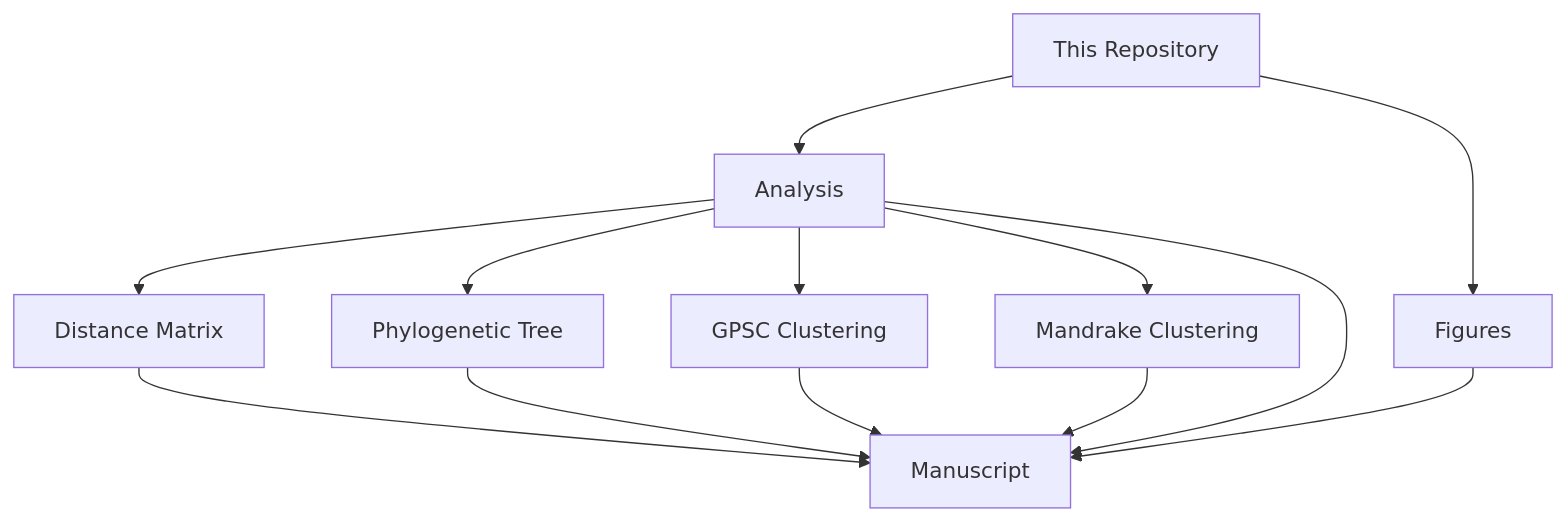
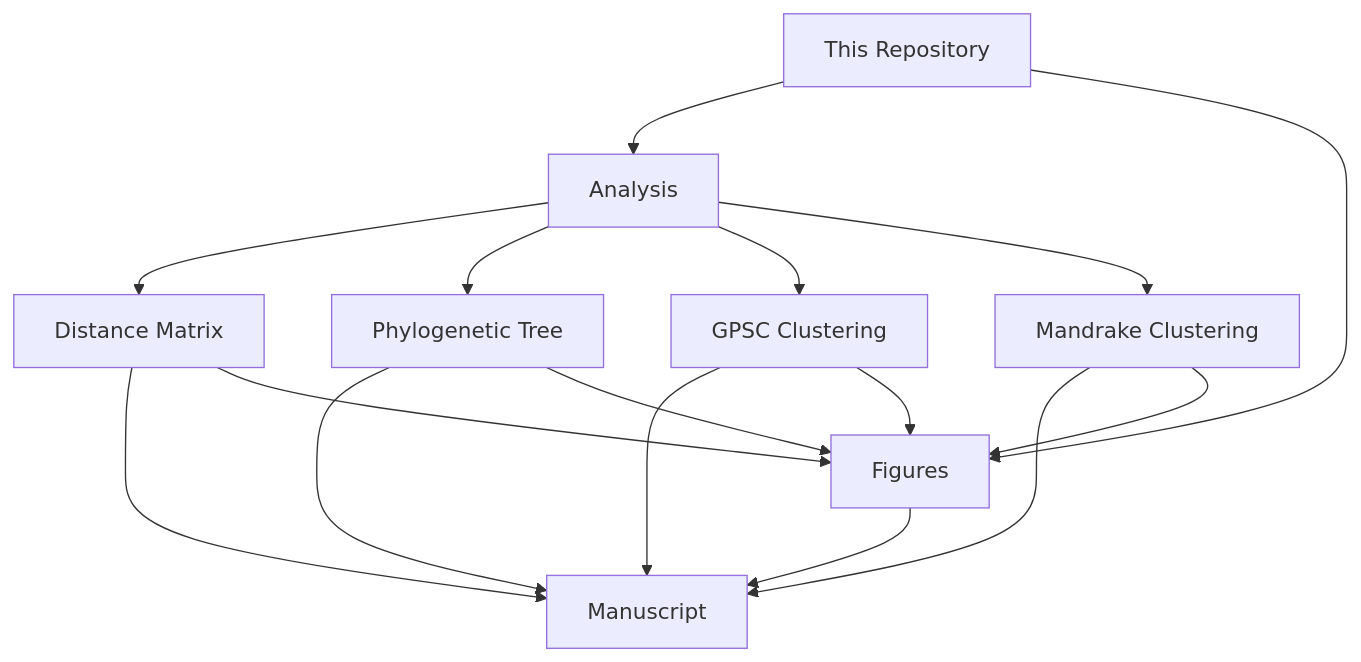
The diagram in README.md (duncanberger/backup_pgl2024), drawn with Mermaid before and after one commit.

````diff
--- a/README.md
+++ b/README.md
@@ -30,40 +30,49 @@
 ```mermaid
 graph TD;
 repo[This Repository]
 dist[Distance Matrix]
 tree[Phylogenetic Tree]
 clust[GPSC Clustering]
 clust2[Mandrake Clustering]
 repo-->Analysis;
 Analysis-->dist;
 Analysis-->tree;
 Analysis-->clust;
 Analysis-->clust2;
 dist-->Manuscript;
 tree-->Manuscript;
 clust-->Manuscript;
 clust2-->Manuscript;
 repo-->Figures;
 Figures-->Manuscript;
-Analysis-->Manuscript;
+dist-->Figures;
+tree-->Figures;
+clust-->Figures;
+clust2-->Figures;
+
+
+
+
+
+
 
 
 
 
 
 
 
 
 
 
 
 
 
 
 
 
 
 
 
 
 ```
````
